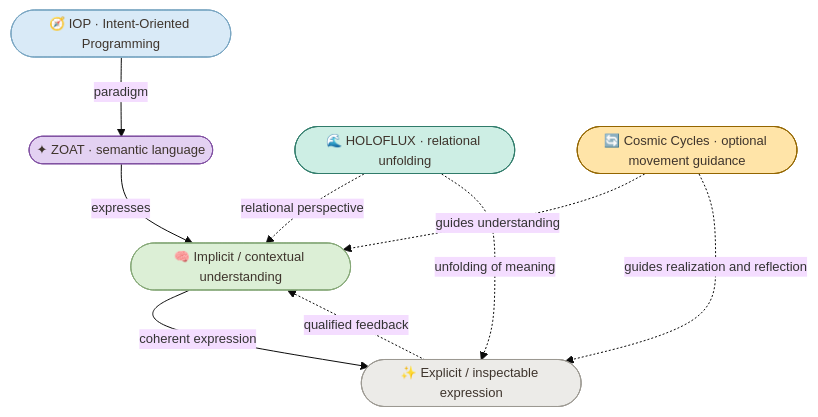
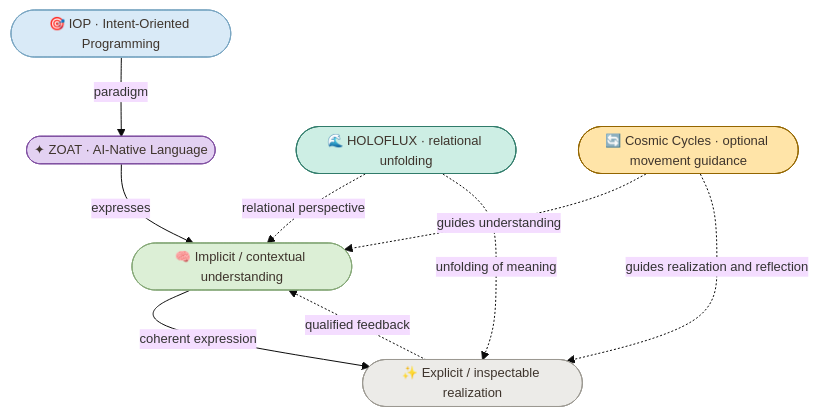
Before and after one commit to enogrob/project-zoat: the second of 2 diagrams in README.md, drawn with Mermaid. The commit also changed other lines of this file, not shown here.

Commit message:
docs: align semantic diagram icon vocabulary and document cover dependency (#2)

````diff
--- a/README.md
+++ b/README.md
@@ -73,24 +89,24 @@
 ```mermaid
 %%{init: {"theme":"base","themeVariables":{"fontSize":"13px"},"flowchart":{"wrappingWidth":200,"minNodeWidth":0,"padding":8}}}%%
 flowchart TD
-    P(["🧭 IOP · Intent-Oriented Programming"]):::context
-    Z(["✦ ZOAT · semantic language"]):::core
+    P(["🎯 IOP · Intent-Oriented Programming"]):::context
+    Z(["✦ ZOAT · AI-Native Language"]):::core
     H(["🌊 HOLOFLUX · relational unfolding"]):::relational
     U(["🧠 Implicit / contextual understanding"]):::understanding
-    E(["✨ Explicit / inspectable expression"]):::projection
+    E(["✨ Explicit / inspectable realization"]):::projection
     CY(["🔄 Cosmic Cycles · optional movement guidance"]):::guidance
     P -->|paradigm| Z
     Z -->|expresses| U
     U -->|coherent expression| E
     H -.->|relational perspective| U
     H -.->|unfolding of meaning| E
     CY -.->|guides understanding| U
     CY -.->|guides realization and reflection| E
     E -.->|qualified feedback| U
     classDef context fill:#D9EAF7,stroke:#7AA6C2,color:#3E342C
     classDef understanding fill:#DCEFD6,stroke:#86A878,color:#3E342C
     classDef core fill:#E3D1F2,stroke:#8050A1,color:#3E342C
     classDef relational fill:#CDEEE4,stroke:#317C6B,color:#3E342C
     classDef guidance fill:#FFE4A8,stroke:#936600,color:#3E342C
     classDef projection fill:#ECEBE8,stroke:#9C9992,color:#3E342C
 ```
````
